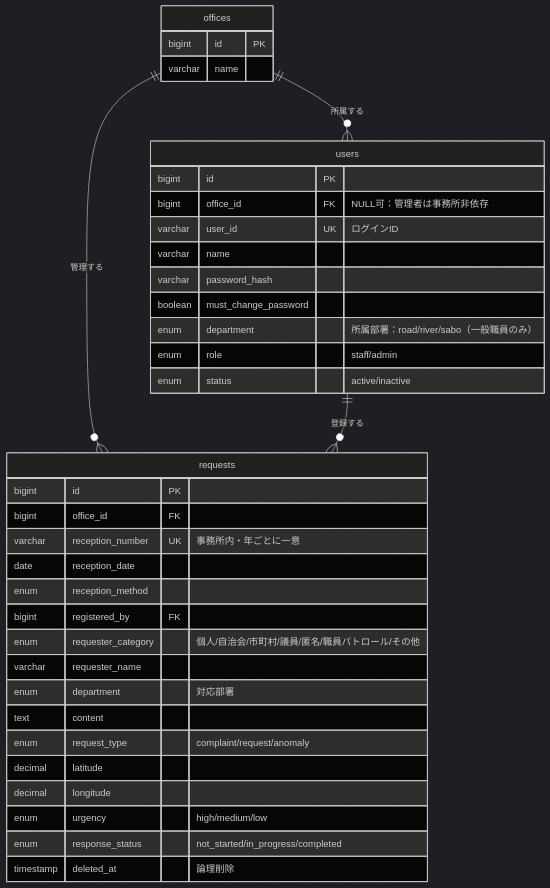
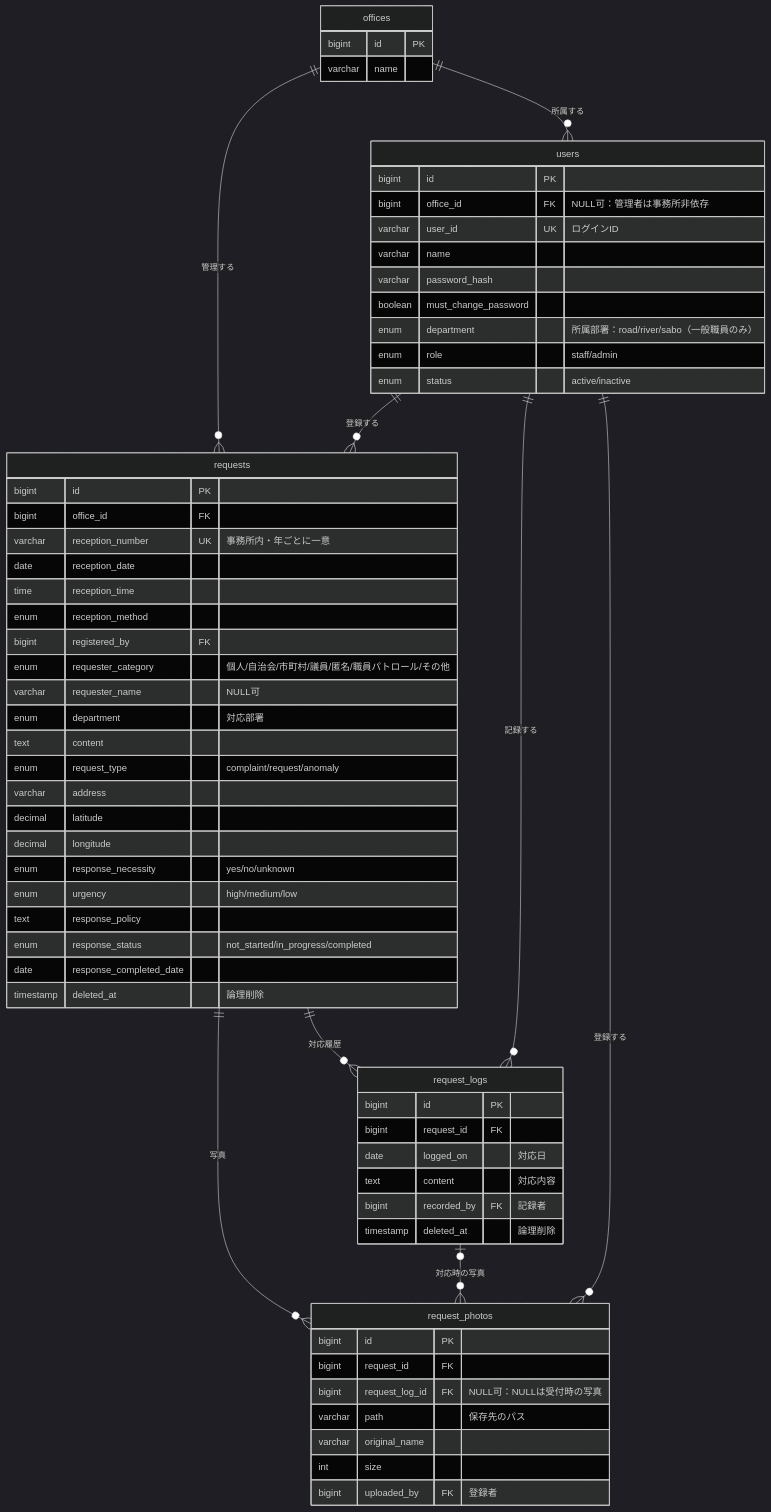
One commit to tomo-taka108/Civil-Request-Management changed the diagram in README.md. Above: the diagram before and after it, drawn with Mermaid (dark theme). The commit also changed other lines of this file and 2 other files, not shown here.

````diff
--- a/README.md
+++ b/README.md
@@ -125,40 +138,67 @@
 ```mermaid
 erDiagram
     offices ||--o{ users : "所属する"
     offices ||--o{ requests : "管理する"
     users ||--o{ requests : "登録する"
+    requests ||--o{ request_logs : "対応履歴"
+    requests ||--o{ request_photos : "写真"
+    request_logs |o--o{ request_photos : "対応時の写真"
+    users ||--o{ request_logs : "記録する"
+    users ||--o{ request_photos : "登録する"
 
     offices {
         bigint id PK
         varchar name
     }
     users {
         bigint id PK
         bigint office_id FK "NULL可：管理者は事務所非依存"
         varchar user_id UK "ログインID"
         varchar name
         varchar password_hash
         boolean must_change_password
         enum department "所属部署：road/river/sabo（一般職員のみ）"
         enum role "staff/admin"
         enum status "active/inactive"
     }
     requests {
         bigint id PK
         bigint office_id FK
         varchar reception_number UK "事務所内・年ごとに一意"
         date reception_date
+        time reception_time
         enum reception_method
         bigint registered_by FK
         enum requester_category "個人/自治会/市町村/議員/匿名/職員パトロール/その他"
-        varchar requester_name
+        varchar requester_name "NULL可"
         enum department "対応部署"
         text content
         enum request_type "complaint/request/anomaly"
+        varchar address
         decimal latitude
         decimal longitude
+        enum response_necessity "yes/no/unknown"
         enum urgency "high/medium/low"
+        text response_policy
         enum response_status "not_started/in_progress/completed"
+        date response_completed_date
         timestamp deleted_at "論理削除"
     }
+    request_logs {
+        bigint id PK
+        bigint request_id FK
+        date logged_on "対応日"
+        text content "対応内容"
+        bigint recorded_by FK "記録者"
+        timestamp deleted_at "論理削除"
+    }
+    request_photos {
+        bigint id PK
+        bigint request_id FK
+        bigint request_log_id FK "NULL可：NULLは受付時の写真"
+        varchar path "保存先のパス"
+        varchar original_name
+        int size
+        bigint uploaded_by FK "登録者"
+    }
 ```
````
